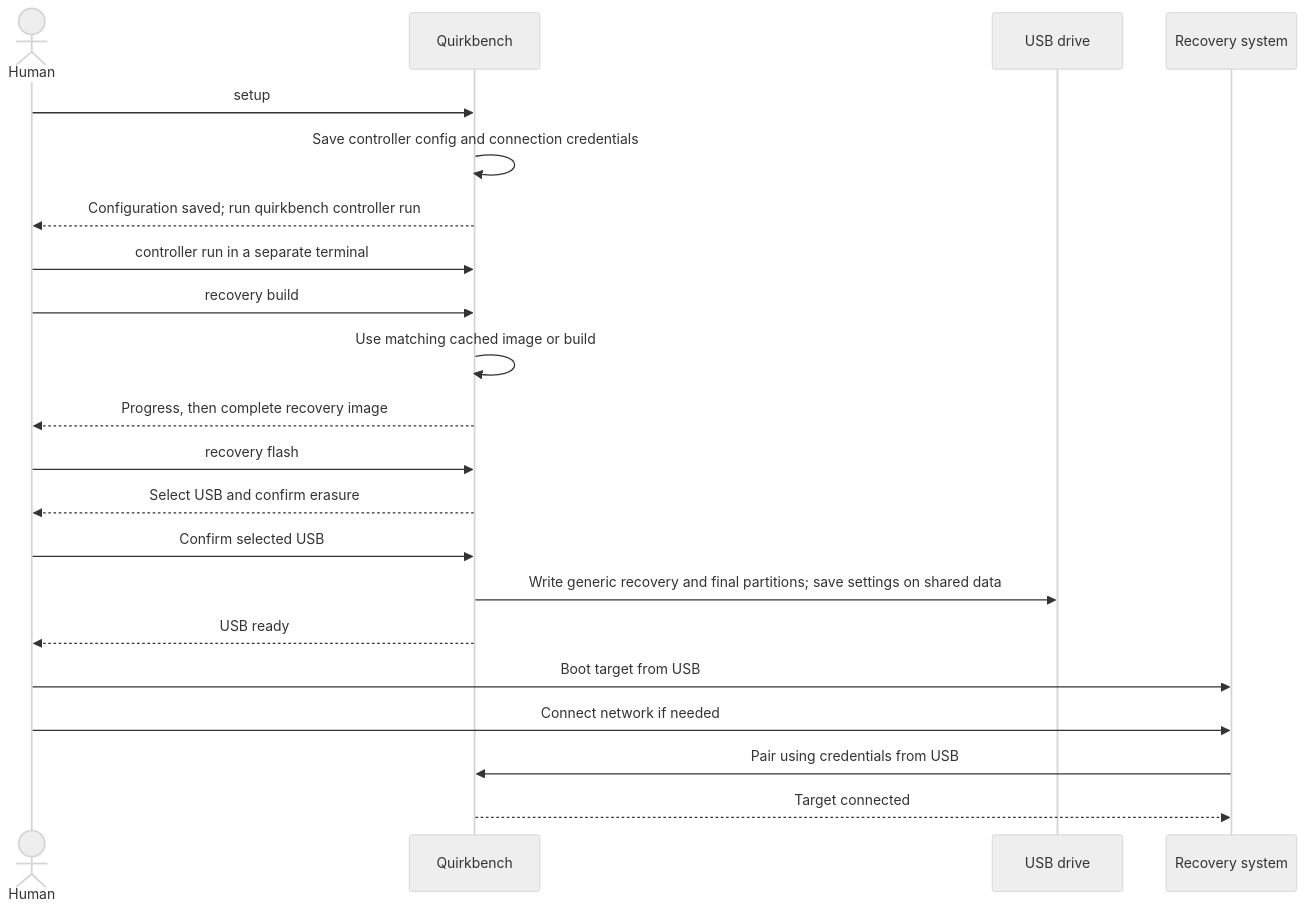
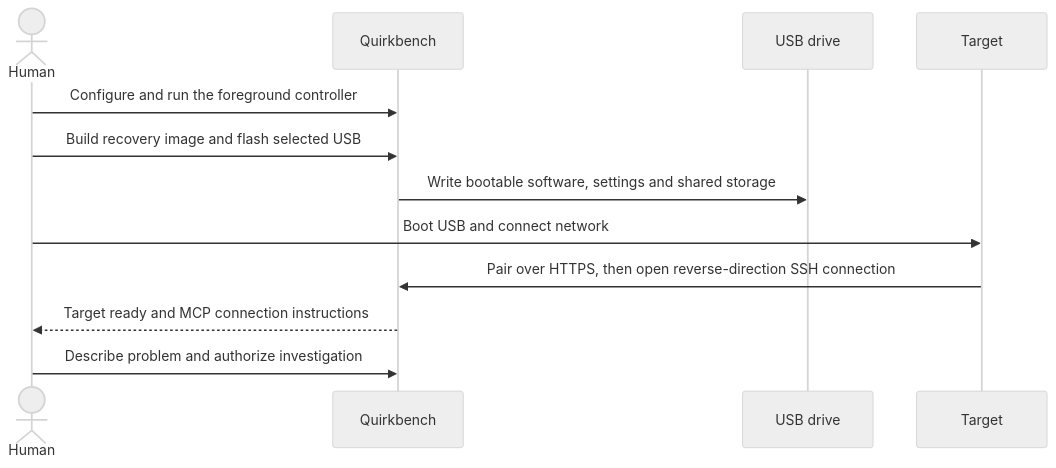
Before and after one commit to esper256/quirkbench: the first of 3 diagrams in docs/designs/component-sequence.md, drawn with Mermaid (neutral theme). The commit also changed other lines of this file and 20 other files, not shown here.

````diff
--- a/docs/designs/component-sequence.md
+++ b/docs/designs/component-sequence.md
@@ -11,25 +11,14 @@
 ```mermaid
 sequenceDiagram
     actor Human
     participant Quirkbench
     participant USB as USB drive
-    participant Recovery as Recovery system
-
-    Human->>Quirkbench: setup
-    Quirkbench->>Quirkbench: Save controller config and connection credentials
-    Quirkbench-->>Human: Configuration saved#59; run quirkbench controller run
-    Human->>Quirkbench: controller run in a separate terminal
-    Human->>Quirkbench: recovery build
-    Quirkbench->>Quirkbench: Use matching cached image or build
-    Quirkbench-->>Human: Progress, then complete recovery image
-    Human->>Quirkbench: recovery flash
-    Quirkbench-->>Human: Select USB and confirm erasure
-    Human->>Quirkbench: Confirm selected USB
-    Quirkbench->>USB: Write generic recovery and final partitions#59; save settings on shared data
-    Quirkbench-->>Human: USB ready
-    Human->>Recovery: Boot target from USB
-    Human->>Recovery: Connect network if needed
-    Recovery->>Quirkbench: Pair using credentials from USB
-    Quirkbench-->>Recovery: Target connected
-
+    participant Target
+    Human->>Quirkbench: Configure and run the foreground controller
+    Human->>Quirkbench: Build recovery image and flash selected USB
+    Quirkbench->>USB: Write bootable software, settings and shared storage
+    Human->>Target: Boot USB and connect network
+    Target->>Quirkbench: Pair over HTTPS, then open reverse-direction SSH connection
+    Quirkbench-->>Human: Target ready and MCP connection instructions
+    Human->>Quirkbench: Describe problem and authorize investigation
 ```
````
